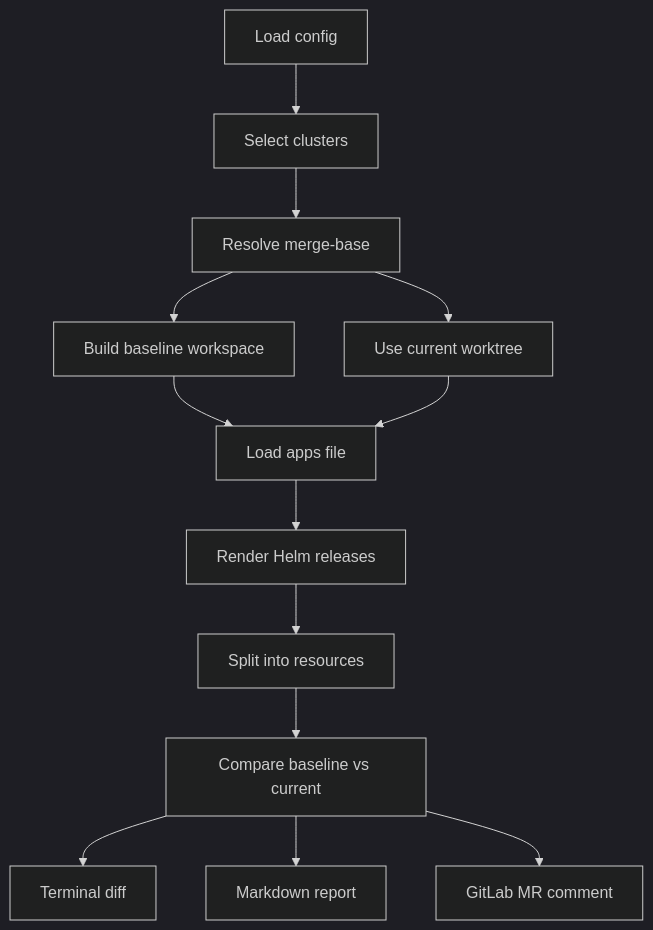
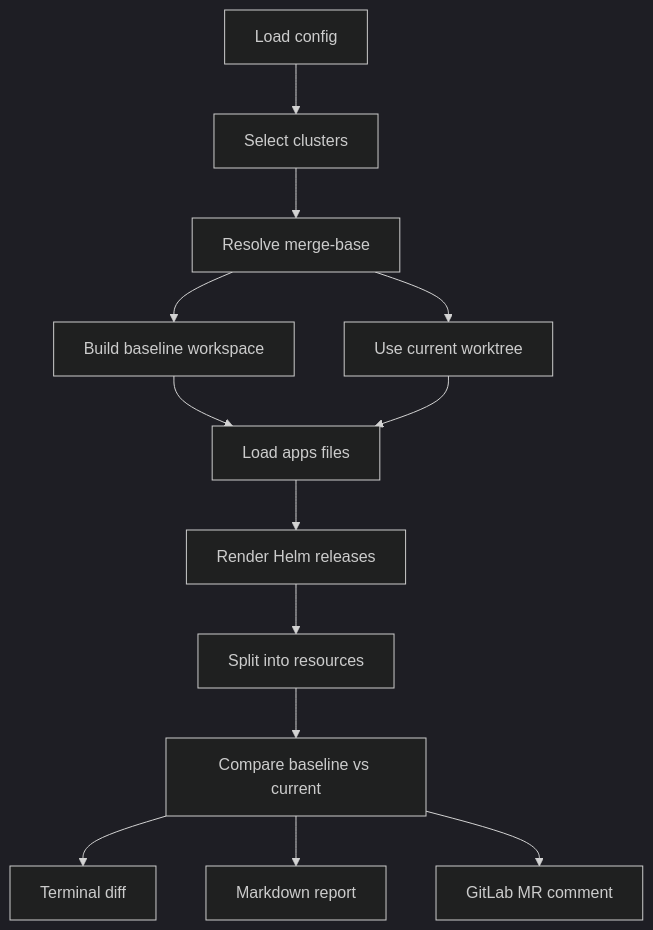
The diagram in README.md (sohooo/moebius), drawn with Mermaid (dark theme) before and after one commit. The commit also changed other lines of this file and 17 other files, not shown here.

````diff
--- a/README.md
+++ b/README.md
@@ -121,15 +121,15 @@
 ```mermaid
 flowchart TD
     A["Load config"] --> B["Select clusters"]
     B --> C["Resolve merge-base"]
     C --> D["Build baseline workspace"]
     C --> E["Use current worktree"]
-    D --> F["Load apps file"]
+    D --> F["Load apps files"]
     E --> F
     F --> G["Render Helm releases"]
     G --> H["Split into resources"]
     H --> I["Compare baseline vs current"]
     I --> J["Terminal diff"]
     I --> K["Markdown report"]
     I --> L["GitLab MR comment"]
 ```
````
